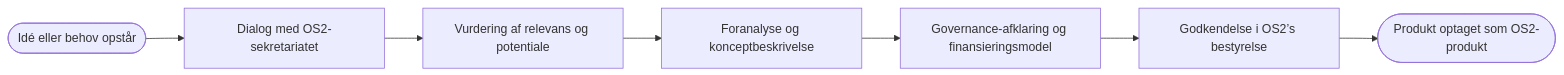
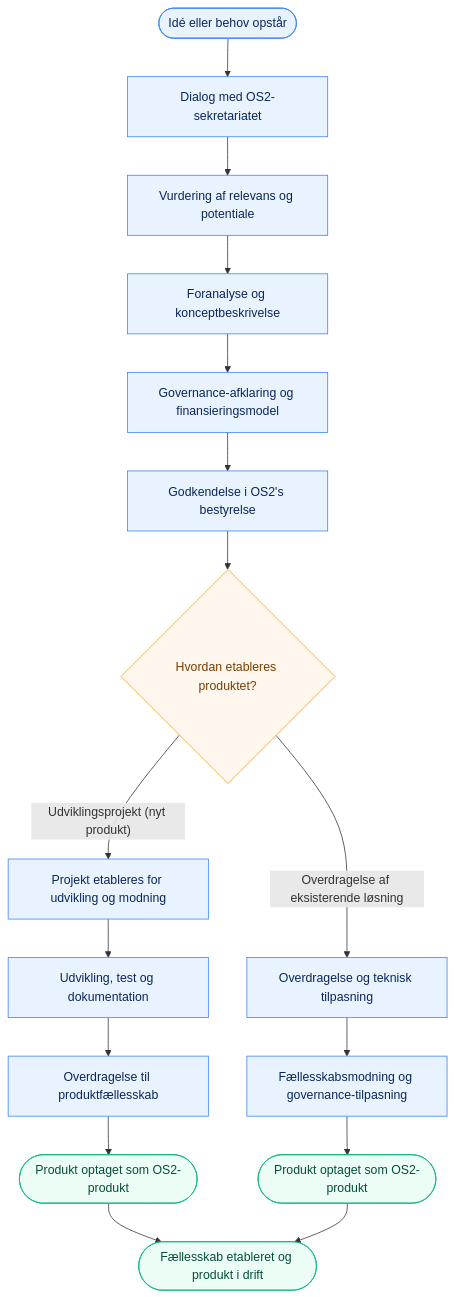
Before and after one commit to OS2offdig/os2-sekretariat-docs: the diagram in docs/products_and_communities.md, drawn with Mermaid. The commit also changed other lines of this file, not shown here.

Commit message:
Den store gennemgang af indhold til afsnittet

````diff
--- a/docs/products_and_communities.md
+++ b/docs/products_and_communities.md
@@ -60,9 +68,35 @@
 ```mermaid
-flowchart LR
+flowchart TD
   A([Idé eller behov opstår]) --> B[Dialog med OS2-sekretariatet]
   B --> C[Vurdering af relevans og potentiale]
   C --> D[Foranalyse og konceptbeskrivelse]
   D --> E[Governance-afklaring og finansieringsmodel]
-  E --> F[Godkendelse i OS2’s bestyrelse]
-  F --> G([Produkt optaget som OS2-produkt])
+  E --> F[Godkendelse i OS2's bestyrelse]
+
+  %% Forgrening efter godkendelse
+  F --> G{Hvordan etableres produktet?}
+
+  %% Scenarie 1: Produkt udvikles fra bunden
+  G -- "Udviklingsprojekt (nyt produkt)" --> H1[Projekt etableres for udvikling og modning]
+  H1 --> I1[Udvikling, test og dokumentation]
+  I1 --> J1[Overdragelse til produktfællesskab]
+  J1 --> K1([Produkt optaget som OS2-produkt])
+
+  %% Scenarie 2: Eksisterende løsning overdrages til OS2
+  G -- "Overdragelse af eksisterende løsning" --> H2[Overdragelse og teknisk tilpasning]
+  H2 --> I2[Fællesskabsmodning og governance-tilpasning]
+  I2 --> K2([Produkt optaget som OS2-produkt])
+
+  %% Fælles sluttilstand
+  K1 --> L([Fællesskab etableret og produkt i drift])
+  K2 --> L
+
+  %% Farvetema (kompatibelt)
+  classDef process fill:#E8F3FF,stroke:#3B82F6,stroke-width:1px,color:#0B265A;
+  classDef decision fill:#FFF7ED,stroke:#F59E0B,stroke-width:1px,color:#7A3E00;
+  classDef terminal fill:#ECFDF5,stroke:#10B981,stroke-width:1px,color:#064E3B;
+
+  class A,B,C,D,E,F,H1,I1,J1,H2,I2 process;
+  class G decision;
+  class K1,K2,L terminal;
 ```
````
